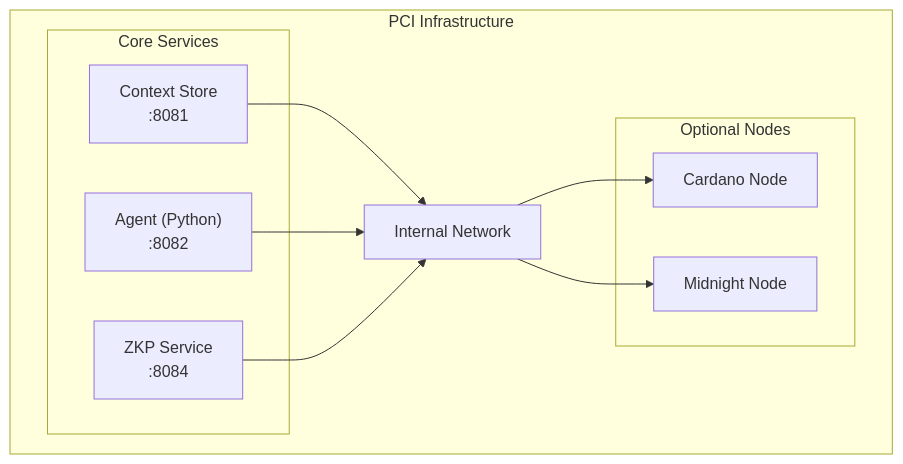
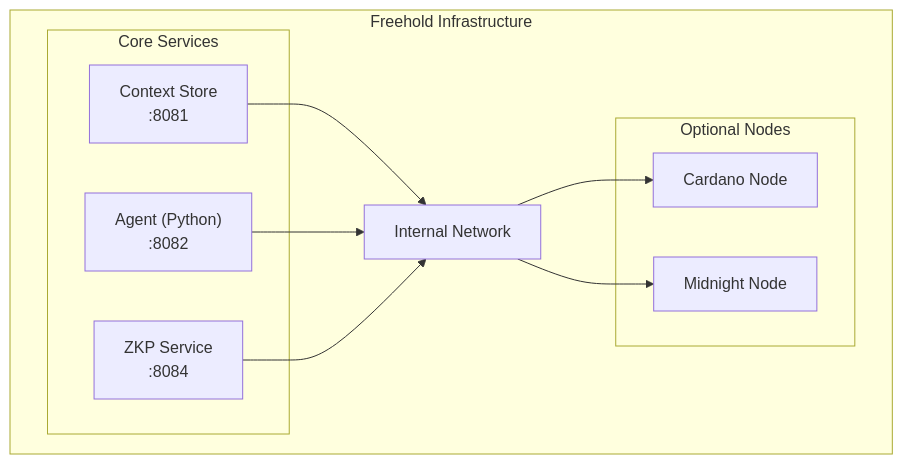
One commit to freehold-earth/freehold changed the diagram in infra/README.md. Above: the diagram before and after it, drawn with Mermaid. The commit also changed other lines of this file and 22 other files, not shown here.

First line of the commit message:
Rename the project from PCI to Freehold in documents and READMEs

````diff
--- a/infra/README.md
+++ b/infra/README.md
@@ -31,24 +31,24 @@
 ```mermaid
 flowchart TB
-    subgraph Infra["PCI Infrastructure"]
+    subgraph Infra["Freehold Infrastructure"]
         subgraph Core["Core Services"]
             CS["Context Store<br/>:8081"]
             AG["Agent (Python)<br/>:8082"]
             ZK["ZKP Service<br/>:8084"]
         end
 
         NET["Internal Network"]
 
         CS --> NET
         AG --> NET
         ZK --> NET
 
         subgraph Optional["Optional Nodes"]
             CN["Cardano Node"]
             MN["Midnight Node"]
         end
 
         NET --> CN
         NET --> MN
     end
 ```
````
